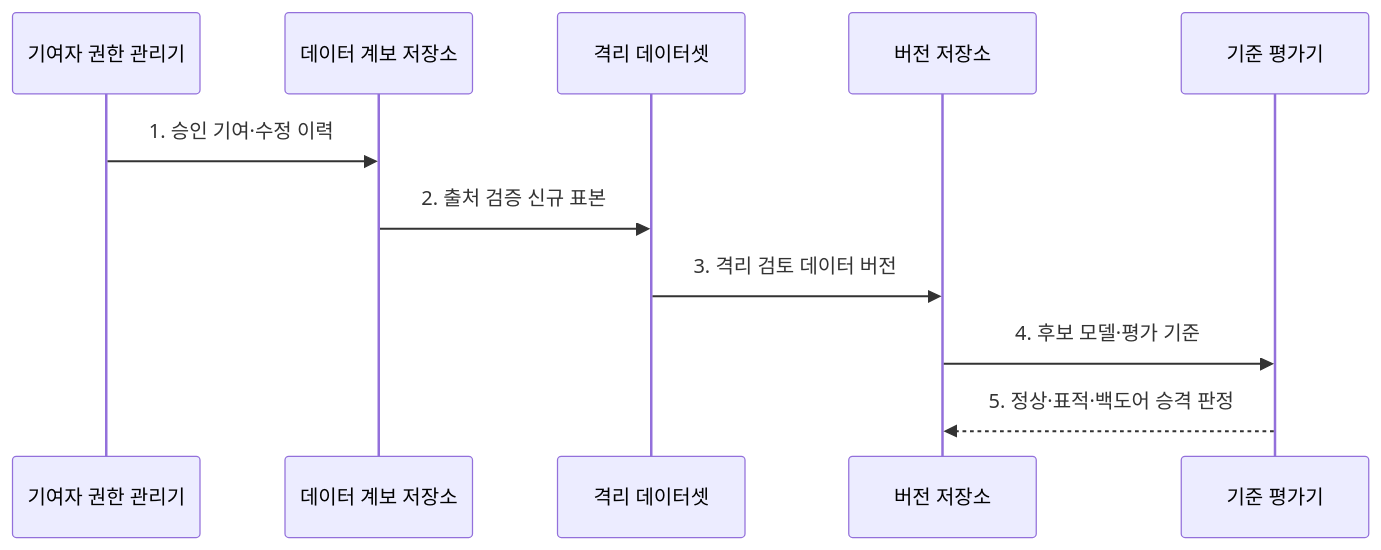
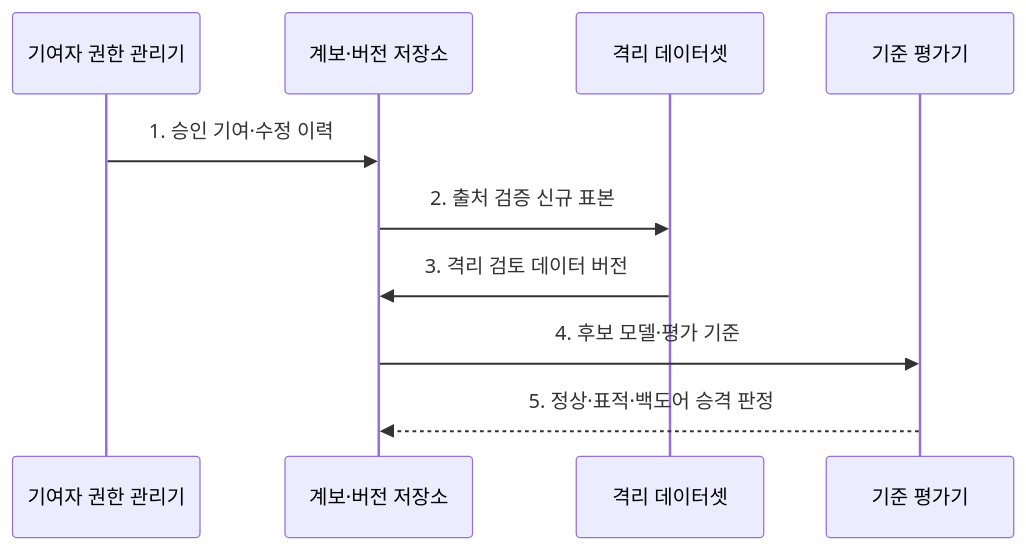
One commit to agnusdei1207/knowledge-base changed the second of 2 diagrams in src/content/docs/notes/08-latest-tech/121_data_poisoning.md. Above: the diagram before and after it, drawn with Mermaid. The commit also changed 6 other files, not shown here.

Commit message:
Reduce AI security flow participants

````diff
--- a/src/content/docs/notes/08-latest-tech/121_data_poisoning.md
+++ b/src/content/docs/notes/08-latest-tech/121_data_poisoning.md
@@ -104,13 +104,12 @@
 ```mermaid
 sequenceDiagram
   participant A as 기여자 권한 관리기
-  participant L as 데이터 계보 저장소
+  participant L as 계보·버전 저장소
   participant Q as 격리 데이터셋
-  participant V as 버전 저장소
   participant E as 기준 평가기
   A->>L: 1. 승인 기여·수정 이력
   L->>Q: 2. 출처 검증 신규 표본
-  Q->>V: 3. 격리 검토 데이터 버전
-  V->>E: 4. 후보 모델·평가 기준
-  E-->>V: 5. 정상·표적·백도어 승격 판정
+  Q->>L: 3. 격리 검토 데이터 버전
+  L->>E: 4. 후보 모델·평가 기준
+  E-->>L: 5. 정상·표적·백도어 승격 판정
 ```
````
